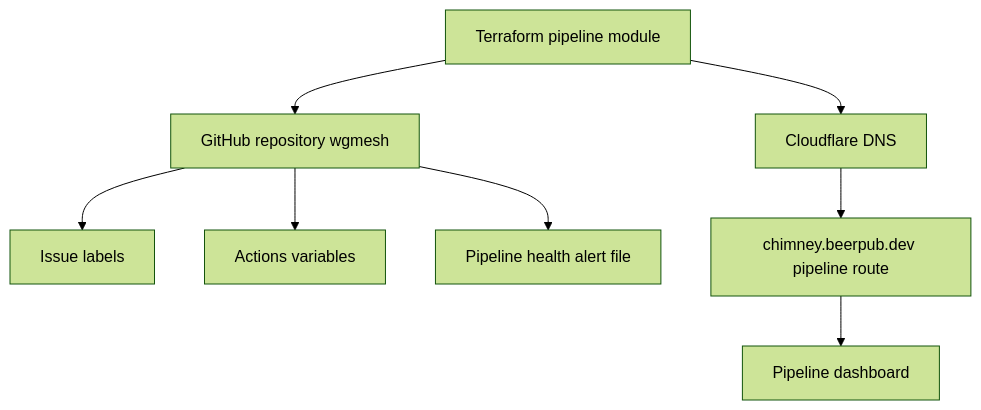
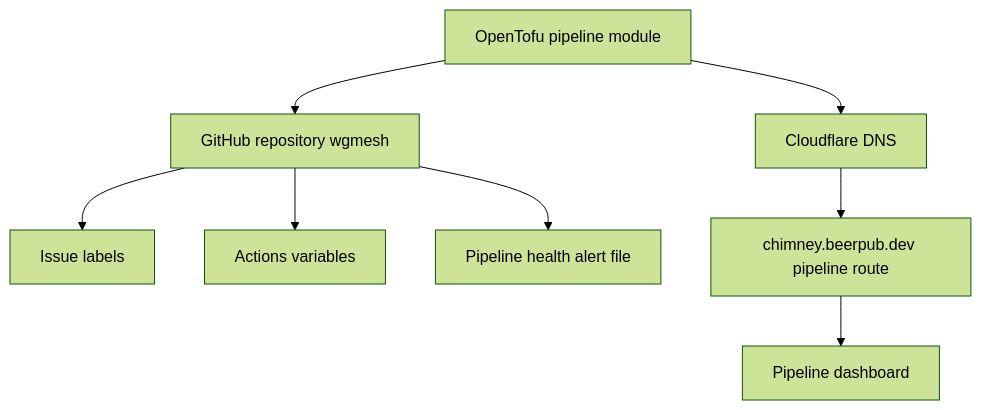
Before and after one commit to atvirokodosprendimai/ai-pipeline-template: the diagram in infrastructure/terraform/pipeline/README.md, drawn with Mermaid (forest theme). The commit also changed other lines of this file and 11 other files, not shown here.

First line of the commit message:
refactor: retrofit IaC to mailservice OpenTofu/Hetzner pattern

````diff
--- a/infrastructure/terraform/pipeline/README.md
+++ b/infrastructure/terraform/pipeline/README.md
@@ -50,10 +49,10 @@
 ```mermaid
 graph TD
-    A[Terraform pipeline module] --> B[GitHub repository wgmesh]
+    A[OpenTofu pipeline module] --> B[GitHub repository wgmesh]
     B --> C[Issue labels]
     B --> D[Actions variables]
     B --> E[Pipeline health alert file]
     A --> F[Cloudflare DNS]
     F --> G[chimney.beerpub.dev pipeline route]
     G --> H[Pipeline dashboard]
 ```
````
